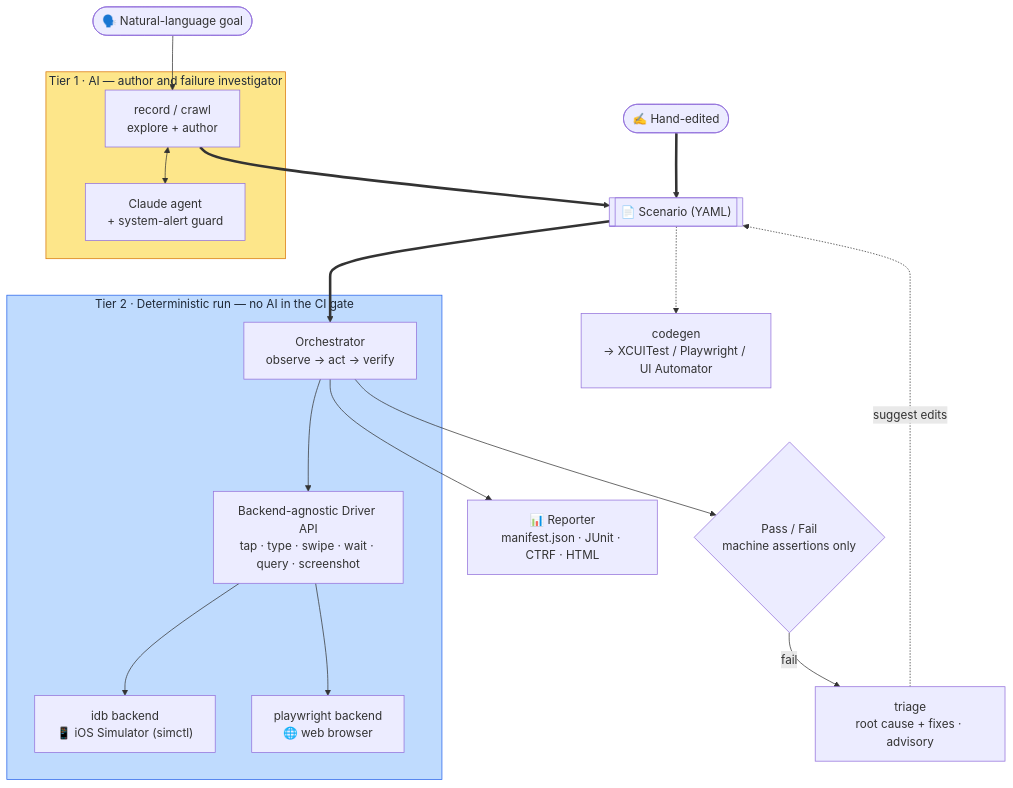
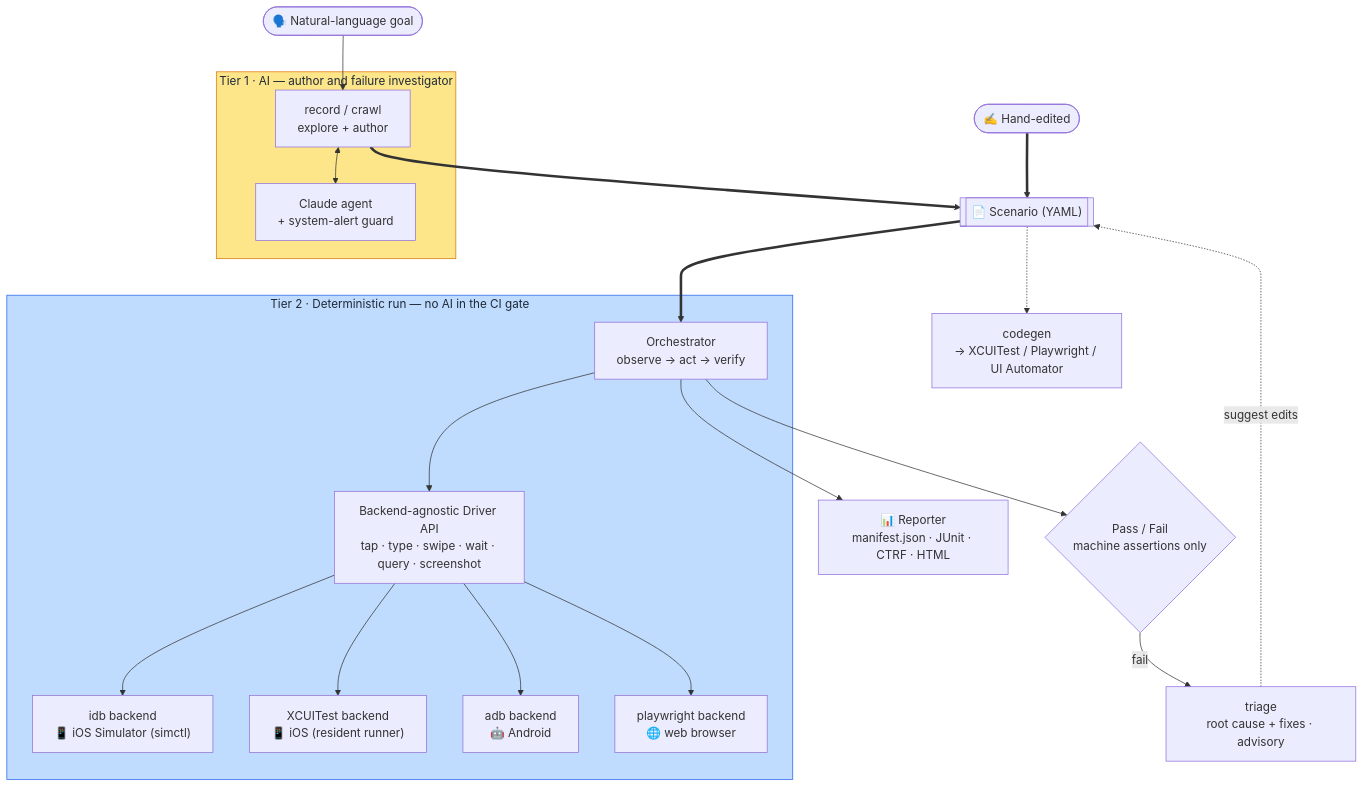
Before and after one commit to bajutsu-e2e/bajutsu: the diagram in docs/architecture.md, drawn with Mermaid. The commit also changed other lines of this file and 2 other files, not shown here.

Commit message:
docs: refresh prose to match shipped behavior

````diff
--- a/docs/architecture.md
+++ b/docs/architecture.md
@@ -18,42 +18,46 @@
 ```mermaid
 flowchart TB
     goal(["🗣️ Natural-language goal"])
     hand(["✍️ Hand-edited"])
     scenario[["📄 Scenario (YAML)"]]
 
     subgraph tier1["Tier 1 · AI — author and failure investigator"]
         record["record / crawl<br/>explore + author"]
         agent["Claude agent<br/>+ system-alert guard"]
         record <--> agent
     end
 
     subgraph tier2["Tier 2 · Deterministic run — no AI in the CI gate"]
         orch["Orchestrator<br/>observe → act → verify"]
         driver["Backend-agnostic Driver API<br/>tap · type · swipe · wait · query · screenshot"]
         idb["idb backend<br/>📱 iOS Simulator (simctl)"]
+        xcuitest["XCUITest backend<br/>📱 iOS (resident runner)"]
+        adb["adb backend<br/>🤖 Android"]
         pw["playwright backend<br/>🌐 web browser"]
         orch --> driver
         driver --> idb
+        driver --> xcuitest
+        driver --> adb
         driver --> pw
     end
 
     verdict{"Pass / Fail<br/>machine assertions only"}
     report["📊 Reporter<br/>manifest.json · JUnit · CTRF · HTML"]
     codegen["codegen<br/>→ XCUITest / Playwright / UI Automator"]
     triage["triage<br/>root cause + fixes · advisory"]
 
     goal --> record
     record ==> scenario
     hand ==> scenario
     scenario ==> orch
     scenario -.-> codegen
     orch --> verdict
     orch --> report
     verdict -->|fail| triage
     triage -.->|suggest edits| scenario
 
     classDef ai fill:#fde68a,stroke:#d97706,color:#1f2937;
     classDef det fill:#bfdbfe,stroke:#2563eb,color:#1f2937;
     class tier1 ai
     class tier2 det
 ```
````
